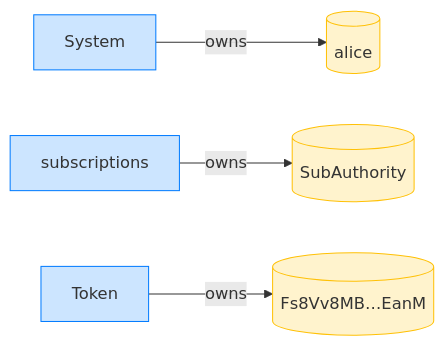
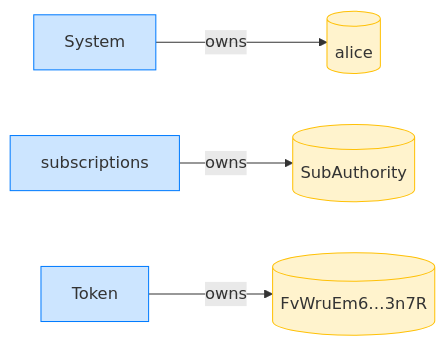
The eighth of 12 diagrams in dsl_tests/recurring-delegation-rejects-a-different-mint-transfer.md (cds-rs/subscriptions), drawn with Mermaid before and after one commit. The commit also changed other lines of this file and 224 other files, not shown here.

````diff
--- a/dsl_tests/recurring-delegation-rejects-a-different-mint-transfer.md
+++ b/dsl_tests/recurring-delegation-rejects-a-different-mint-transfer.md
@@ -154,14 +164,14 @@
 ```mermaid
 flowchart LR
     classDef owner fill:#cce5ff,stroke:#007bff;
     classDef account fill:#fff3cd,stroke:#ffc107;
     System[System]:::owner
     alice[(alice)]:::account
     subscriptions[subscriptions]:::owner
     SubAuthority[(SubAuthority)]:::account
     Token[Token]:::owner
-    Fs8Vv8MB_EanM[("Fs8Vv8MB…EanM")]:::account
+    FvWruEm6_3n7R[("FvWruEm6…3n7R")]:::account
     System -->|owns| alice
     subscriptions -->|owns| SubAuthority
-    Token -->|owns| Fs8Vv8MB_EanM
+    Token -->|owns| FvWruEm6_3n7R
 ```
````
